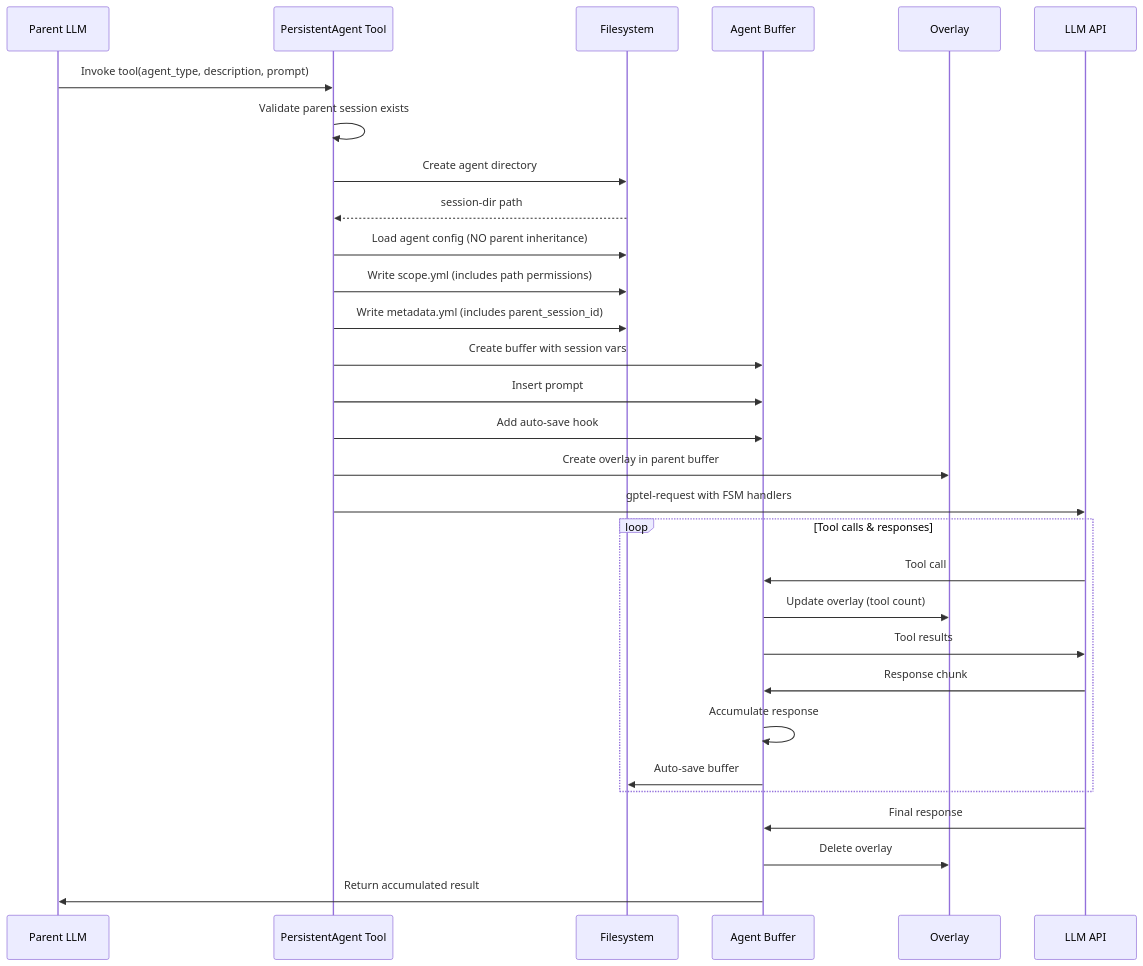
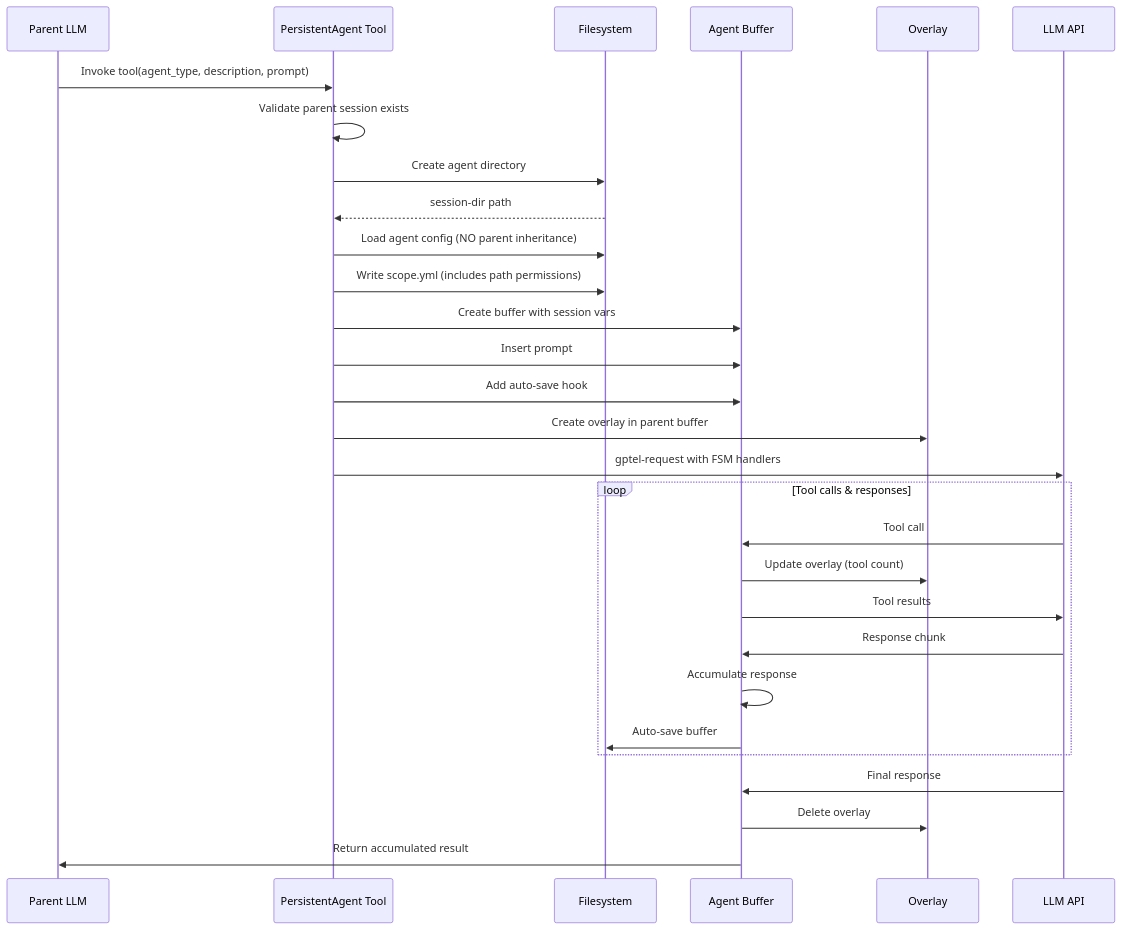
Before and after one commit to moogah/emacs: the second of 3 diagrams in config/gptel/tools/persistent-agent.org, drawn with Mermaid. The commit also changed other lines of this file and 10 other files, not shown here.

```diff
--- a/config/gptel/tools/persistent-agent.org
+++ b/config/gptel/tools/persistent-agent.org
@@ -109,39 +108,38 @@
 #+begin_src mermaid
 sequenceDiagram
     participant P as Parent LLM
     participant T as PersistentAgent Tool
     participant FS as Filesystem
     participant B as Agent Buffer
     participant O as Overlay
     participant API as LLM API
 
     P->>T: Invoke tool(agent_type, description, prompt)
     T->>T: Validate parent session exists
     T->>FS: Create agent directory
     FS-->>T: session-dir path
 
     T->>FS: Load agent config (NO parent inheritance)
     T->>FS: Write scope.yml (includes path permissions)
-    T->>FS: Write metadata.yml (includes parent_session_id)
 
     T->>B: Create buffer with session vars
     T->>B: Insert prompt
     T->>B: Add auto-save hook
 
     T->>O: Create overlay in parent buffer
 
     T->>API: gptel-request with FSM handlers
 
     loop Tool calls & responses
         API->>B: Tool call
         B->>O: Update overlay (tool count)
         B->>API: Tool results
         API->>B: Response chunk
         B->>B: Accumulate response
         B->>FS: Auto-save buffer
     end
 
     API->>B: Final response
     B->>O: Delete overlay
     B->>P: Return accumulated result
 #+end_src
```
